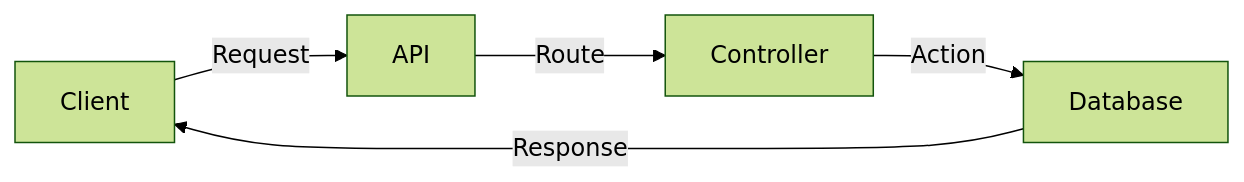
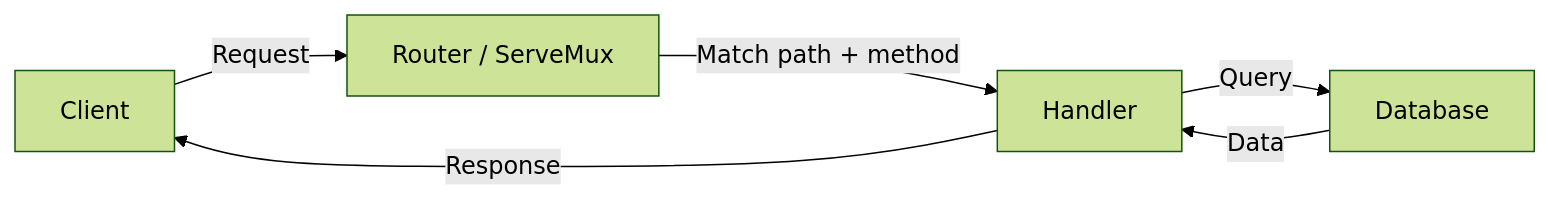
The diagram in docs/part-apis/02-designing-clean-urls-query-params-and-routing.mdx (sazardev/networking-with-go), drawn with Mermaid (forest theme) before and after one commit. The commit also changed other lines of this file and 124 other files, not shown here.

````diff
--- a/docs/part-apis/02-designing-clean-urls-query-params-and-routing.mdx
+++ b/docs/part-apis/02-designing-clean-urls-query-params-and-routing.mdx
@@ -80,7 +205,8 @@
 ```mermaid
 flowchart LR
-    A[Client] -- Request --> B[API]
-    B -- Route --> C[Controller]
-    C -- Action --> D[Database]
-    D -- Response --> A
+    A[Client] -- Request --> B[Router / ServeMux]
+    B -- Match path + method --> C[Handler]
+    C -- Query --> D[Database]
+    D -- Data --> C
+    C -- Response --> A
 ```
````
